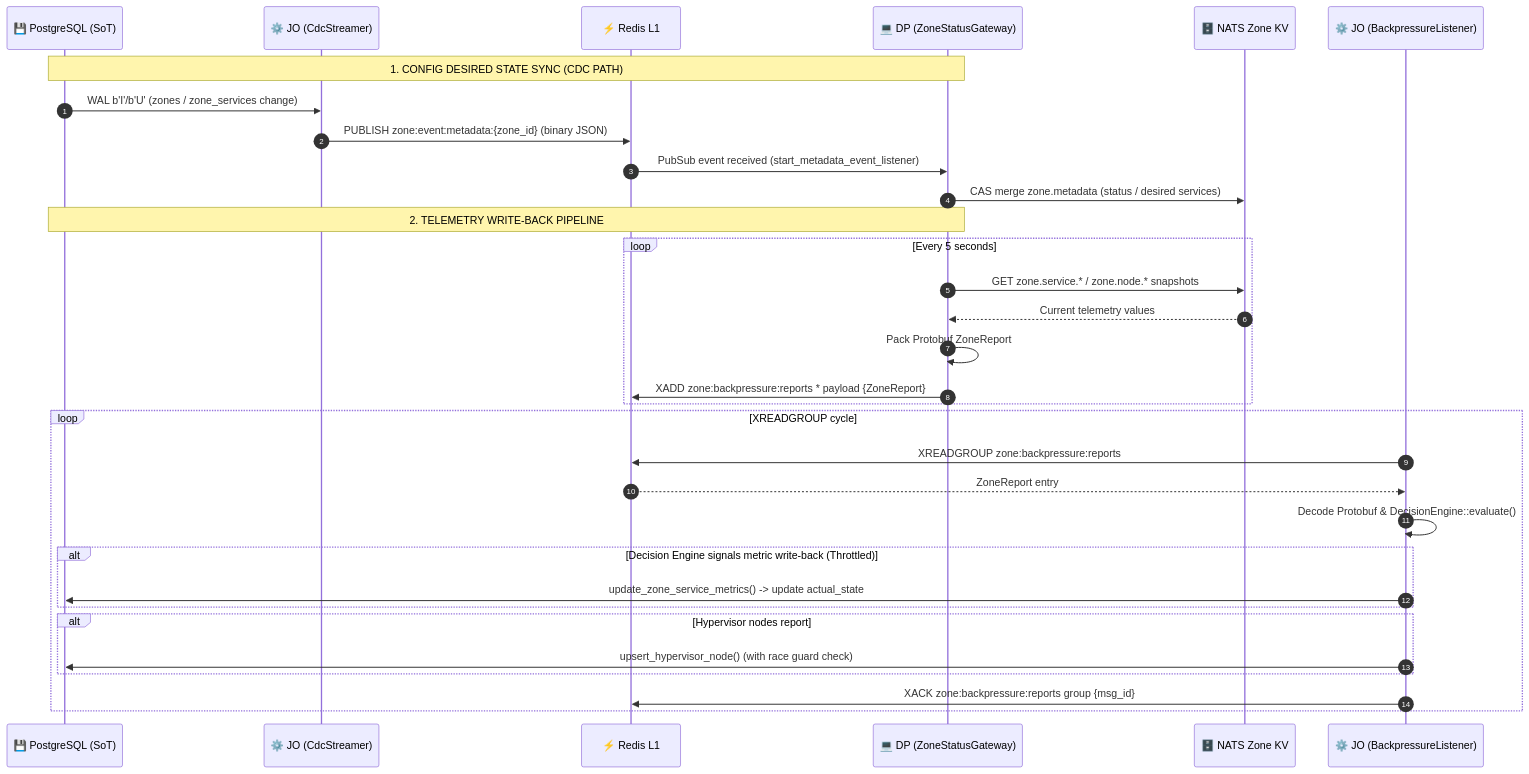
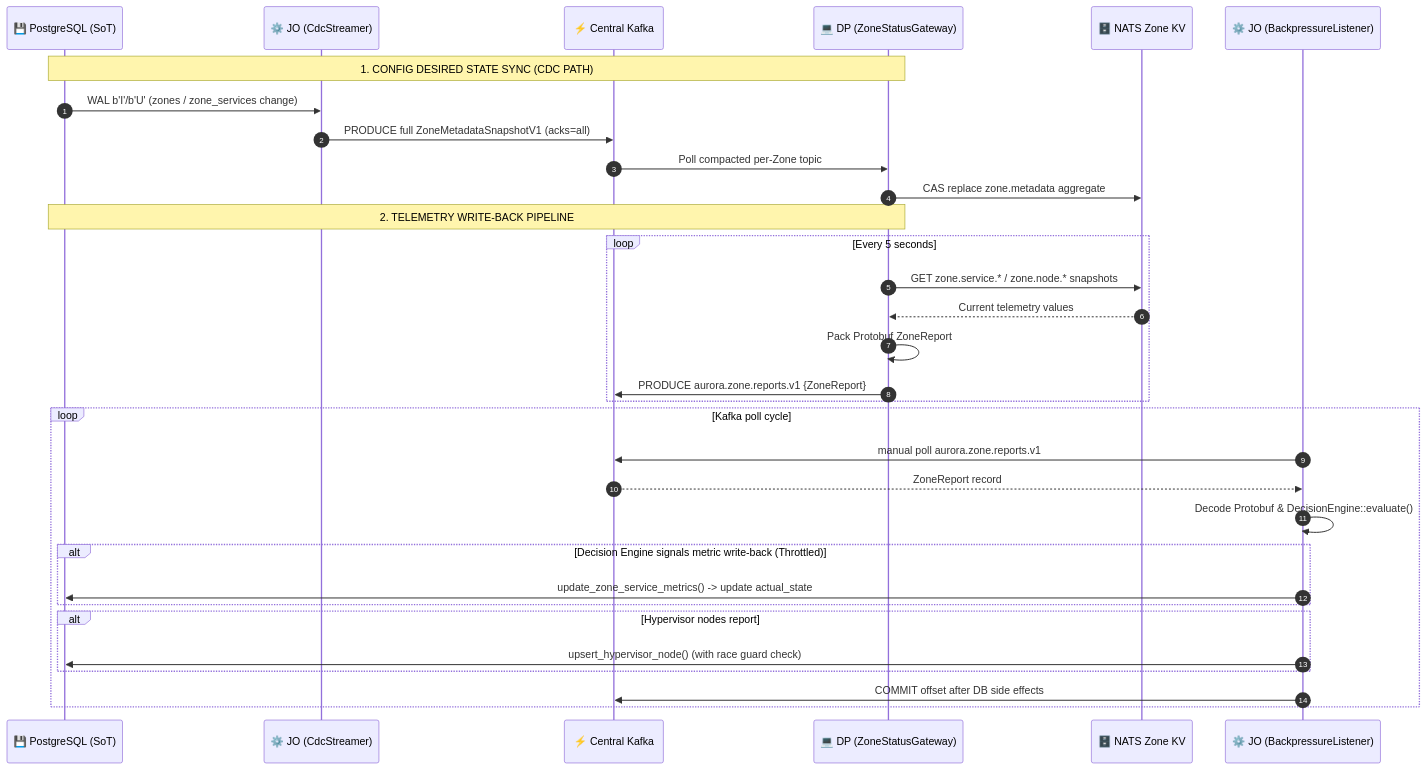
Before and after one commit to phucle996/aurora: the fifth of 21 diagrams in god_view/hierarchy/zone_lifecycle_god_view.md, drawn with Mermaid. The commit also changed other lines of this file and 91 other files, not shown here.

Commit message:
feat: migrate job-orchestrator and dataplane communication from Redis PubSub to Kafka transport layer

````diff
--- a/god_view/hierarchy/zone_lifecycle_god_view.md
+++ b/god_view/hierarchy/zone_lifecycle_god_view.md
@@ -326,37 +326,37 @@
 ```mermaid
 sequenceDiagram
     autonumber
     participant DB as 💾 PostgreSQL (SoT)
     participant JO_CDC as ⚙️ JO (CdcStreamer)
-    participant L1 as ⚡ Redis L1
+    participant L1 as ⚡ Central Kafka
     participant DP_Gate as 💻 DP (ZoneStatusGateway)
     participant KV as 🗄️ NATS Zone KV
     participant JO_Back as ⚙️ JO (BackpressureListener)
 
     Note over DB,DP_Gate: 1. CONFIG DESIRED STATE SYNC (CDC PATH)
     DB->>JO_CDC: WAL b'I'/b'U' (zones / zone_services change)
-    JO_CDC->>L1: PUBLISH zone:event:metadata:{zone_id} (binary JSON)
-    L1->>DP_Gate: PubSub event received (start_metadata_event_listener)
-    DP_Gate->>KV: CAS merge zone.metadata (status / desired services)
+    JO_CDC->>L1: PRODUCE full ZoneMetadataSnapshotV1 (acks=all)
+    L1->>DP_Gate: Poll compacted per-Zone topic
+    DP_Gate->>KV: CAS replace zone.metadata aggregate
 
     Note over DP_Gate,DB: 2. TELEMETRY WRITE-BACK PIPELINE
     loop Every 5 seconds
         DP_Gate->>KV: GET zone.service.* / zone.node.* snapshots
         KV-->>DP_Gate: Current telemetry values
         DP_Gate->>DP_Gate: Pack Protobuf ZoneReport
-        DP_Gate->>L1: XADD zone:backpressure:reports * payload {ZoneReport}
+        DP_Gate->>L1: PRODUCE aurora.zone.reports.v1 {ZoneReport}
     end
 
-    loop XREADGROUP cycle
-        JO_Back->>L1: XREADGROUP zone:backpressure:reports
-        L1-->>JO_Back: ZoneReport entry
+    loop Kafka poll cycle
+        JO_Back->>L1: manual poll aurora.zone.reports.v1
+        L1-->>JO_Back: ZoneReport record
         JO_Back->>JO_Back: Decode Protobuf & DecisionEngine::evaluate()
         alt Decision Engine signals metric write-back (Throttled)
             JO_Back->>DB: update_zone_service_metrics() -> update actual_state
         end
         alt Hypervisor nodes report
             JO_Back->>DB: upsert_hypervisor_node() (with race guard check)
         end
-        JO_Back->>L1: XACK zone:backpressure:reports group {msg_id}
+        JO_Back->>L1: COMMIT offset after DB side effects
     end
 ```
````
